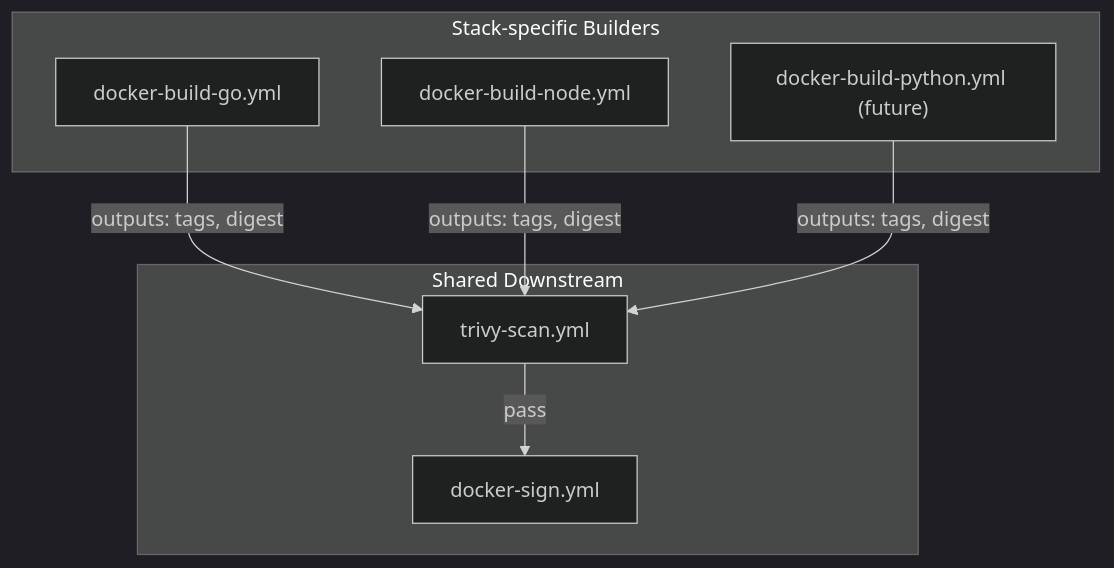
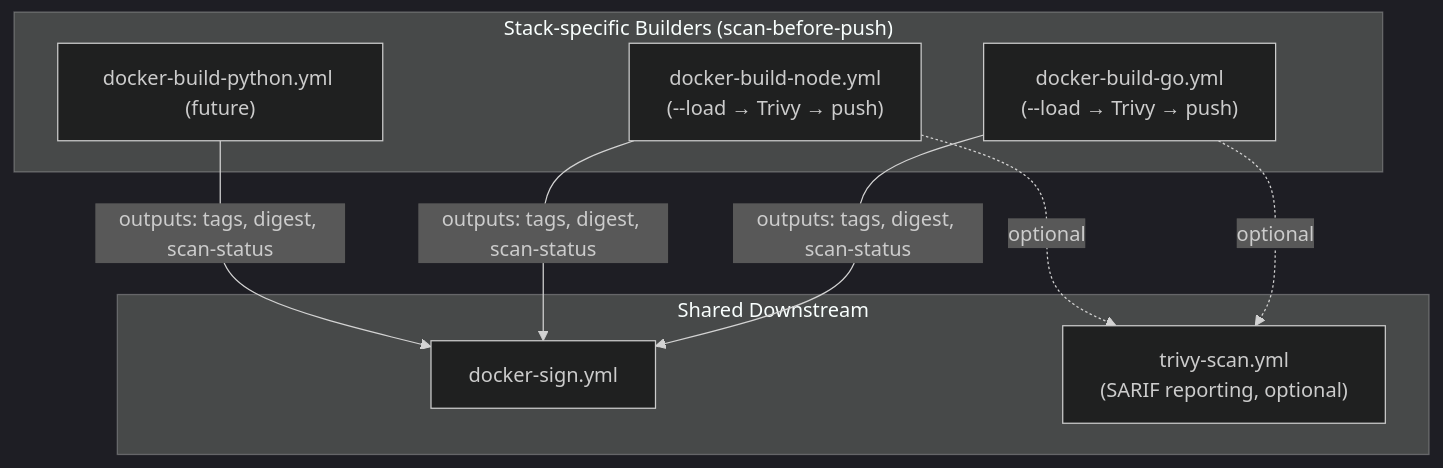
One commit to duynhlab/homelab changed the third of 12 diagrams in docs/platform/cicd.md. Above: the diagram before and after it, drawn with Mermaid (dark theme). The commit also changed other lines of this file and 56 other files, not shown here.

````diff
--- a/docs/platform/cicd.md
+++ b/docs/platform/cicd.md
@@ -93,16 +117,17 @@
 ```mermaid
 flowchart TD
-    subgraph builders ["Stack-specific Builders"]
-        GO["docker-build-go.yml"]
-        NODE["docker-build-node.yml"]
+    subgraph builders ["Stack-specific Builders (scan-before-push)"]
+        GO["docker-build-go.yml<br/>(--load → Trivy → push)"]
+        NODE["docker-build-node.yml<br/>(--load → Trivy → push)"]
         PYTHON["docker-build-python.yml (future)"]
     end
     subgraph shared ["Shared Downstream"]
-        TRIVY["trivy-scan.yml"]
         SIGN["docker-sign.yml"]
+        TRIVY_RPT["trivy-scan.yml<br/>(SARIF reporting, optional)"]
     end
-    GO -->|"outputs: tags, digest"| TRIVY
-    NODE -->|"outputs: tags, digest"| TRIVY
-    PYTHON -->|"outputs: tags, digest"| TRIVY
-    TRIVY -->|"pass"| SIGN
+    GO -->|"outputs: tags, digest, scan-status"| SIGN
+    NODE -->|"outputs: tags, digest, scan-status"| SIGN
+    PYTHON -->|"outputs: tags, digest, scan-status"| SIGN
+    GO -.->|"optional"| TRIVY_RPT
+    NODE -.->|"optional"| TRIVY_RPT
 ```
````
